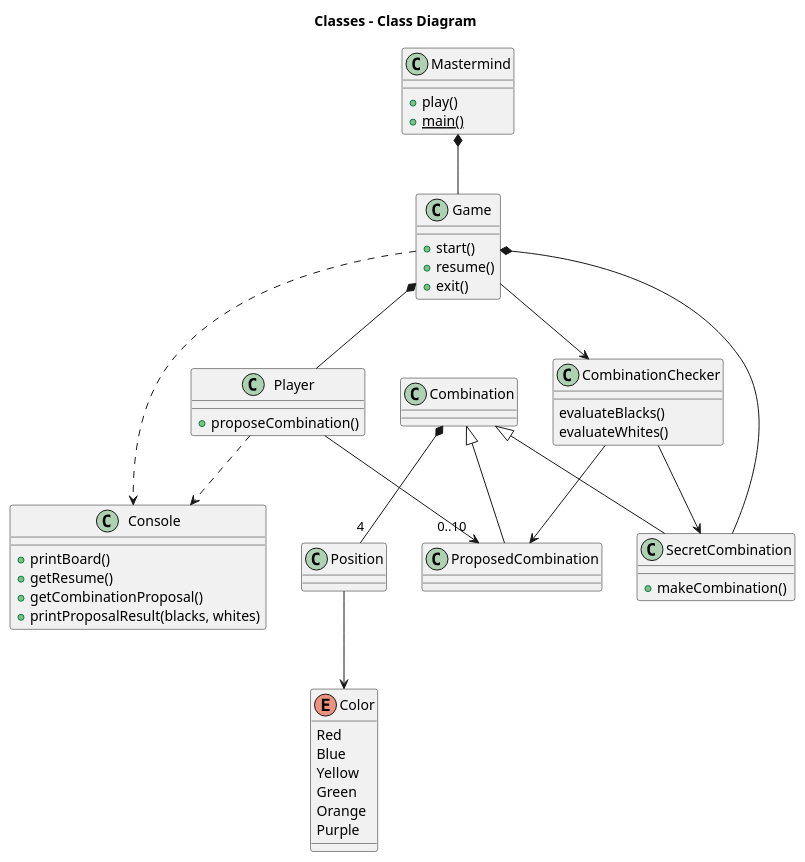
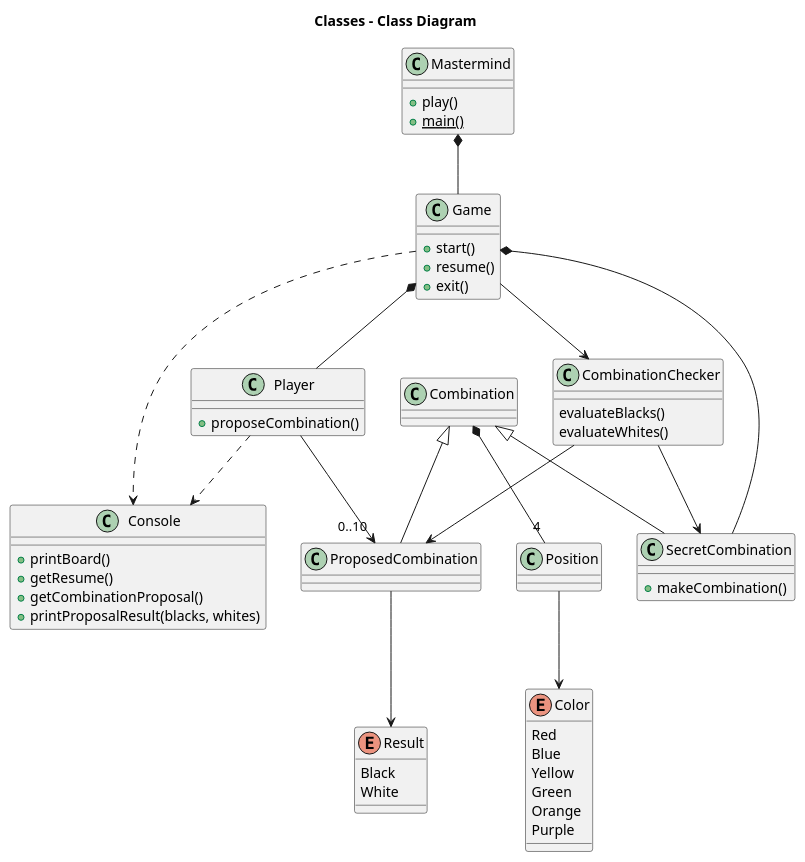
One commit to Master-Desarrollo-20-21/ejercicio-2-vista-publica-clases-mastermind-ferllop changed the diagram in mastermind-vista-publica.plantuml. Above: the diagram before and after it, drawn with PlantUML.

Commit message:
add enum result

```diff
--- a/mastermind-vista-publica.plantuml
+++ b/mastermind-vista-publica.plantuml
@@ -3,68 +1,74 @@
 @startuml
 
 title Classes - Class Diagram
 
 class Mastermind {
     +play()
     +{static} main()
 }
 Mastermind *-- Game
 
 class Game {
     +start()
     +resume()
     +exit()
 }
 
 Game *-- SecretCombination
 Game *-- Player
 Game --> CombinationChecker
 Game ..> Console
 
 class Combination{}
 Combination *-- "4" Position
 Combination <|-- SecretCombination
 Combination <|-- ProposedCombination
+ProposedCombination --> Result
 
 class Position {
     
 }
 Position --> Color
 
 
 
 class SecretCombination {
     +makeCombination()
 }
 
 class CombinationChecker {
     evaluateBlacks()
     evaluateWhites()
 }
 CombinationChecker --> SecretCombination
 CombinationChecker --> ProposedCombination
 
 class Player {
     +proposeCombination()
 }
 Player --> "0..10"ProposedCombination
 Player ..> Console
 
 class Console {
     +printBoard()
     +getResume()
     +getCombinationProposal()
     +printProposalResult(blacks, whites)
 }
 
 Enum Color {
     Red
     Blue
     Yellow
     Green
     Orange
     Purple
 }
 
+Enum Result {
+    Black
+    White
+}
+
 
 @enduml
```
